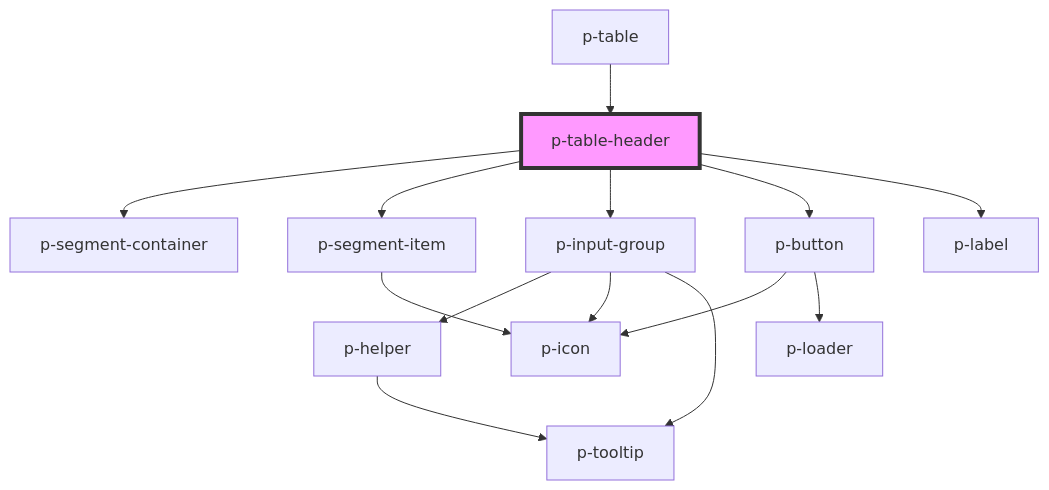
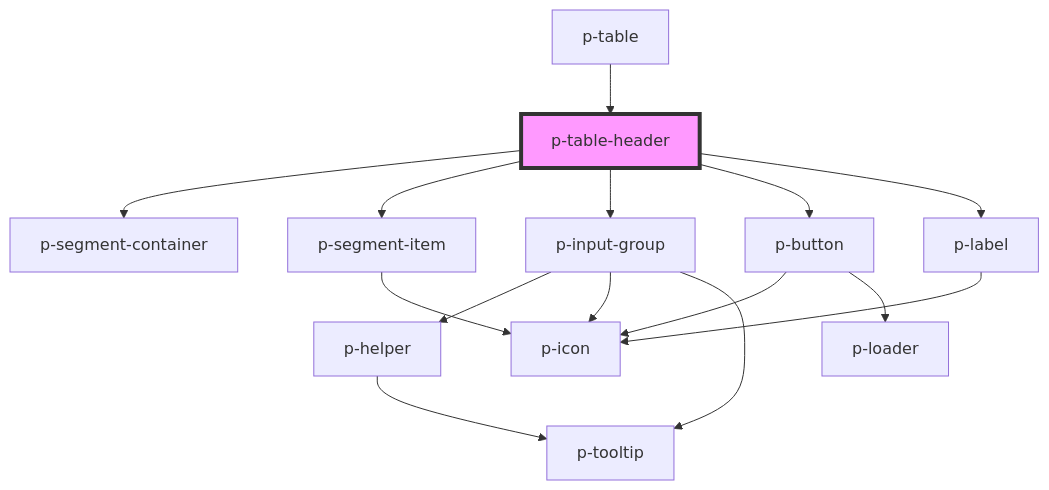
Before and after one commit to Employes/paperless: the diagram in packages/core/src/components/molecules/table-header/readme.md, drawn with Mermaid. The commit also changed 8 other files, not shown here.

Commit message:
feat(Atoms/Label): Add mobile icon

````diff
--- a/packages/core/src/components/molecules/table-header/readme.md
+++ b/packages/core/src/components/molecules/table-header/readme.md
@@ -56,17 +56,18 @@
 ```mermaid
 graph TD;
   p-table-header --> p-segment-container
   p-table-header --> p-segment-item
   p-table-header --> p-input-group
   p-table-header --> p-button
   p-table-header --> p-label
   p-segment-item --> p-icon
   p-input-group --> p-helper
   p-input-group --> p-icon
   p-input-group --> p-tooltip
   p-helper --> p-tooltip
   p-button --> p-icon
   p-button --> p-loader
+  p-label --> p-icon
   p-table --> p-table-header
   style p-table-header fill:#f9f,stroke:#333,stroke-width:4px
 ```
````
